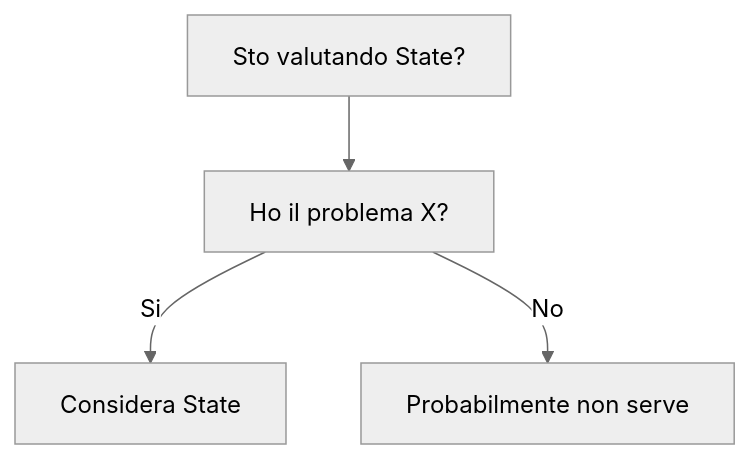
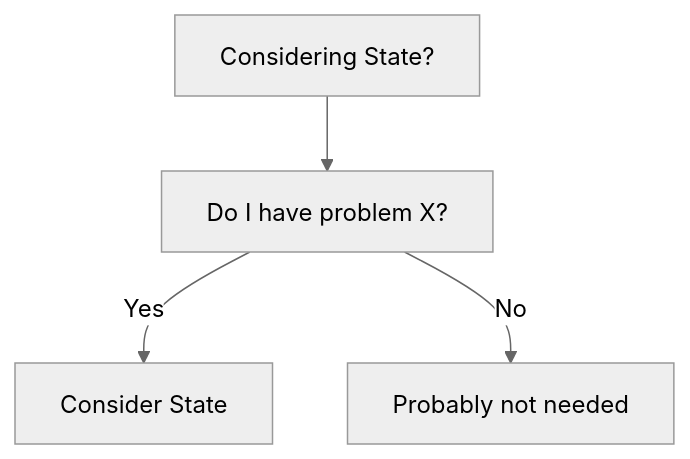
Before and after one commit to HxT9/Software-Dev-Wiki: the diagram in dev-wiki/03_Design_Patterns/Behavioral/State/When_To_Use.md, drawn with Mermaid (neutral theme). The commit also changed other lines of this file and 3444 other files, not shown here.

````diff
--- a/dev-wiki/03_Design_Patterns/Behavioral/State/When_To_Use.md
+++ b/dev-wiki/03_Design_Patterns/Behavioral/State/When_To_Use.md
@@ -19,6 +19,6 @@
 ```mermaid
 flowchart TD
-  Q[Sto valutando State?] --> Q1[Ho il problema X?]
-  Q1 -->|Si| OK[Considera State]
-  Q1 -->|No| NO[Probabilmente non serve]
+  Q[Considering State?] --> Q1[Do I have problem X?]
+  Q1 -->|Yes| OK[Consider State]
+  Q1 -->|No| NO[Probably not needed]
 ```
````
